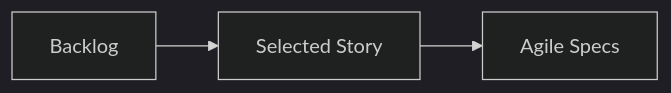
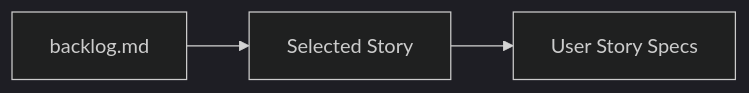
Before and after one commit to mtov/AgileSpec: the fourth of 8 diagrams in README.md, drawn with Mermaid (dark theme). The commit also changed other lines of this file and 5 other files, not shown here.

Commit message:
Restore project backlog documentation and add PodLite story lists

`````diff
--- a/README.md
+++ b/README.md
@@ -145,4 +150,4 @@
 ```mermaid
 flowchart LR
-    A["Backlog"] --> B["Selected Story"] --> C["Agile Specs"]
-````
+    A["backlog.md"] --> B["Selected Story"] --> C["User Story Specs"]
+```
`````
